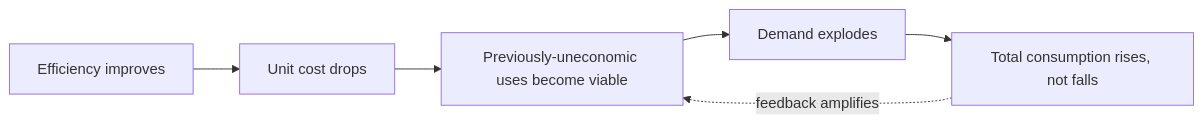
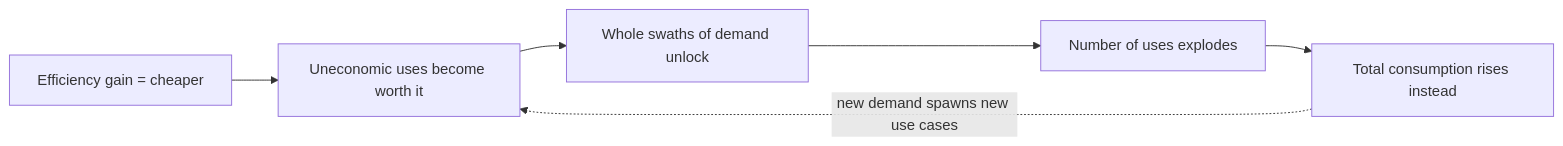
One commit to liang7878/liang7878.github.io changed the diagram in source/_posts/mental-models/resources/jevons-paradox.en.md. Above: the diagram before and after it, drawn with Mermaid. The commit also changed other lines of this file and 1 other file, not shown here.

```diff
--- a/source/_posts/mental-models/resources/jevons-paradox.en.md
+++ b/source/_posts/mental-models/resources/jevons-paradox.en.md
@@ -61,8 +69,8 @@
 {% mermaid %}
 graph LR
-  A[Efficiency improves] --> B[Unit cost drops]
-  B --> C[Previously-uneconomic uses become viable]
-  C --> D[Demand explodes]
-  D --> E[Total consumption rises, not falls]
-  E -.feedback amplifies.-> C
+  A[Efficiency gain = cheaper] --> B[Uneconomic uses become worth it]
+  B --> C[Whole swaths of demand unlock]
+  C --> D[Number of uses explodes]
+  D --> E[Total consumption rises instead]
+  E -.new demand spawns new use cases.-> B
 {% endmermaid %}
```
